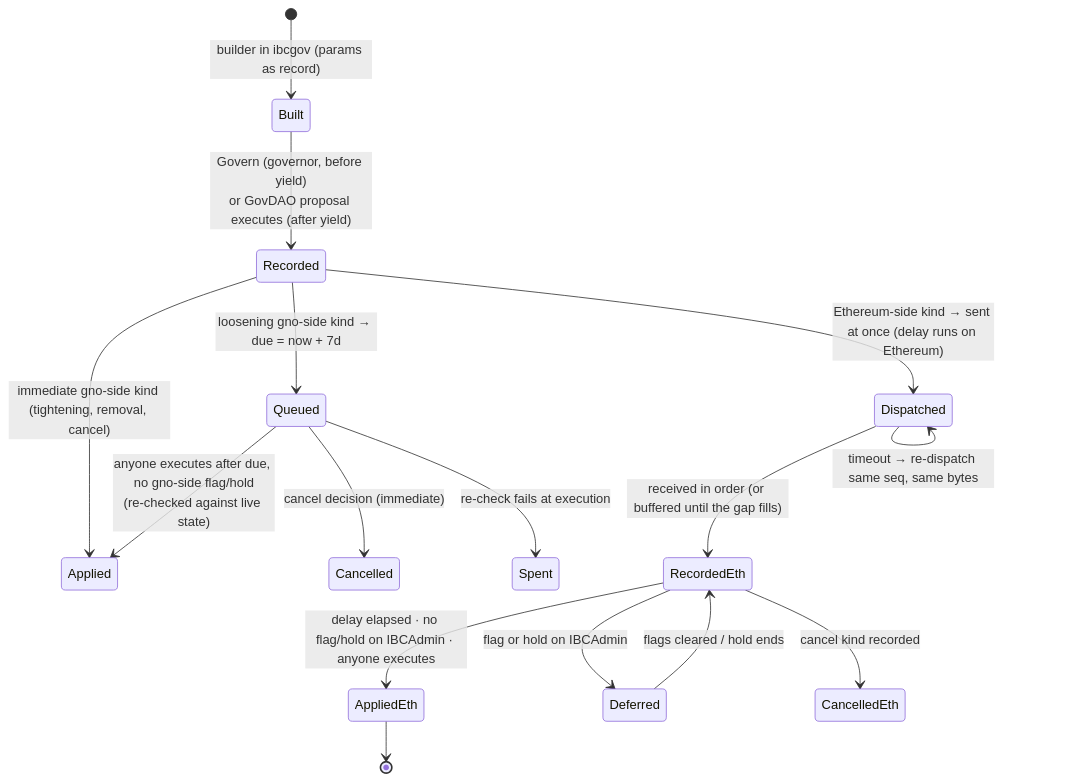
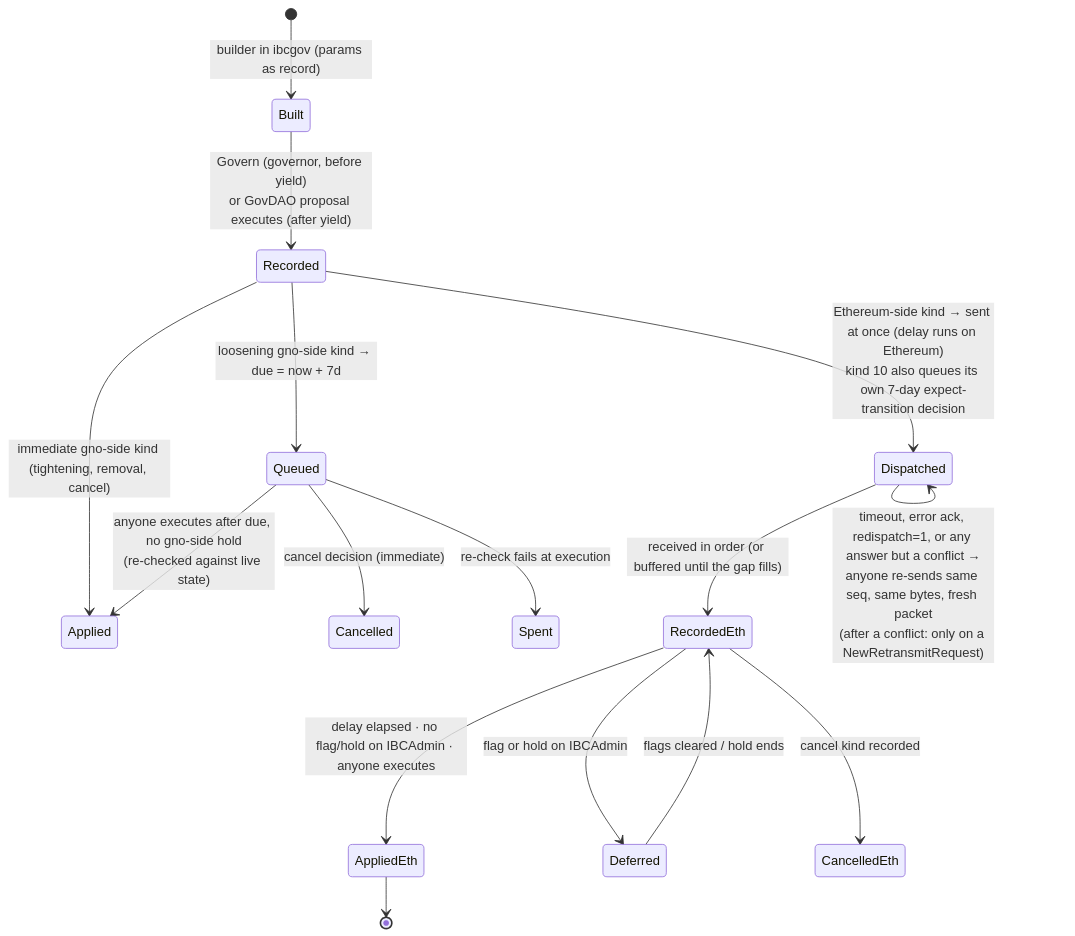
The seventh of 13 diagrams in gno.land/adr/pr6375_ibc_ethereum.md (gnolang/gno), drawn with Mermaid before and after one commit. The commit also changed other lines of this file, not shown here.

First line of the commit message:
docs(adr): align the Ethereum IBC ADR with the implemented gno.land and Ethereum controls

````diff
--- a/gno.land/adr/pr6375_ibc_ethereum.md
+++ b/gno.land/adr/pr6375_ibc_ethereum.md
@@ -527,18 +613,18 @@
 ```mermaid
 stateDiagram-v2
   [*] --> Built: builder in ibcgov (params as record)
   Built --> Recorded: Govern (governor, before yield)<br/>or GovDAO proposal executes (after yield)
   Recorded --> Applied: immediate gno-side kind (tightening, removal, cancel)
   Recorded --> Queued: loosening gno-side kind → due = now + 7d
-  Recorded --> Dispatched: Ethereum-side kind → sent at once (delay runs on Ethereum)
+  Recorded --> Dispatched: Ethereum-side kind → sent at once (delay runs on Ethereum)<br/>kind 10 also queues its own 7-day expect-transition decision
   Queued --> Cancelled: cancel decision (immediate)
-  Queued --> Applied: anyone executes after due, no gno-side flag/hold<br/>(re-checked against live state)
+  Queued --> Applied: anyone executes after due, no gno-side hold<br/>(re-checked against live state)
   Queued --> Spent: re-check fails at execution
   Dispatched --> RecordedEth: received in order (or buffered until the gap fills)
-  Dispatched --> Dispatched: timeout → re-dispatch same seq, same bytes
+  Dispatched --> Dispatched: timeout, error ack, redispatch=1, or any answer but a conflict →<br/>anyone re-sends same seq, same bytes, fresh packet<br/>(after a conflict: only on a NewRetransmitRequest)
   RecordedEth --> AppliedEth: delay elapsed · no flag/hold on IBCAdmin · anyone executes
   RecordedEth --> Deferred: flag or hold on IBCAdmin
   Deferred --> RecordedEth: flags cleared / hold ends
   RecordedEth --> CancelledEth: cancel kind recorded
   AppliedEth --> [*]
 ```
````
